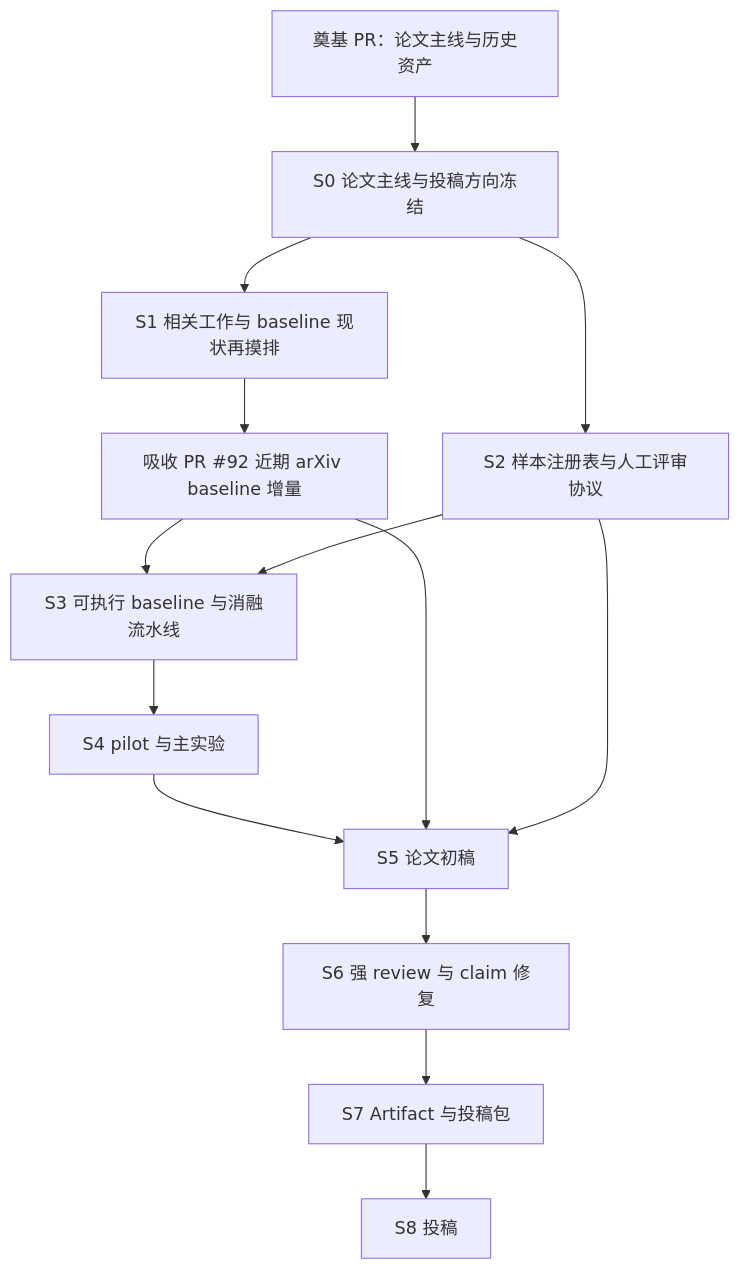
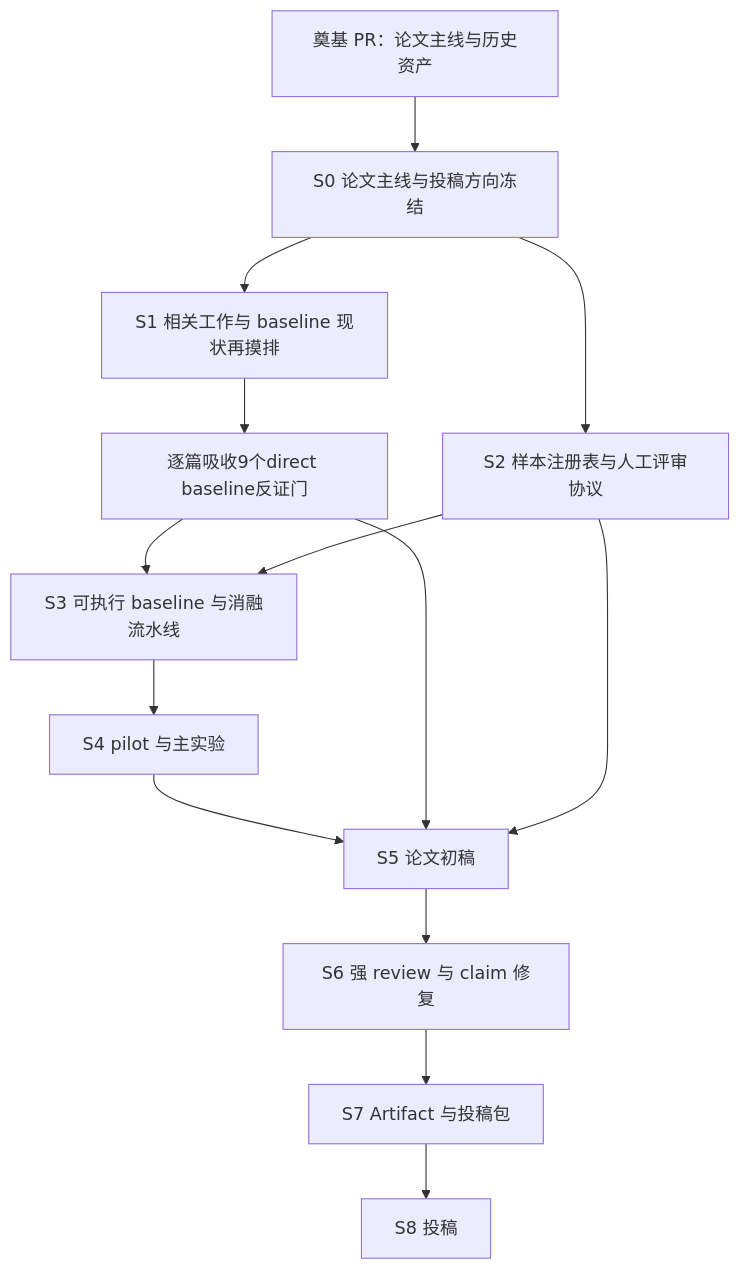
Before and after one commit to HansBug/research_ideas: the diagram in project_1_llm_state_machine_modeling/paper_v1/path1_foundation/experiment_design/execution_plan.md, drawn with Mermaid. The commit also changed other lines of this file and 14 other files, not shown here.

````diff
--- a/project_1_llm_state_machine_modeling/paper_v1/path1_foundation/experiment_design/execution_plan.md
+++ b/project_1_llm_state_machine_modeling/paper_v1/path1_foundation/experiment_design/execution_plan.md
@@ -25,16 +25,16 @@
 ```mermaid
 flowchart TD
   A[奠基 PR：论文主线与历史资产] --> B[S0 论文主线与投稿方向冻结]
   B --> C[S1 相关工作与 baseline 现状再摸排]
-  C --> C2[吸收 PR #92 近期 arXiv baseline 增量]
+  C --> C2[逐篇吸收9个direct baseline反证门]
   B --> D[S2 样本注册表与人工评审协议]
   C2 --> E[S3 可执行 baseline 与消融流水线]
   D --> E
   E --> F[S4 pilot 与主实验]
   F --> G[S5 论文初稿]
   C2 --> G
   D --> G
   G --> H[S6 强 review 与 claim 修复]
   H --> I[S7 Artifact 与投稿包]
   I --> J[S8 投稿]
 ```
````
